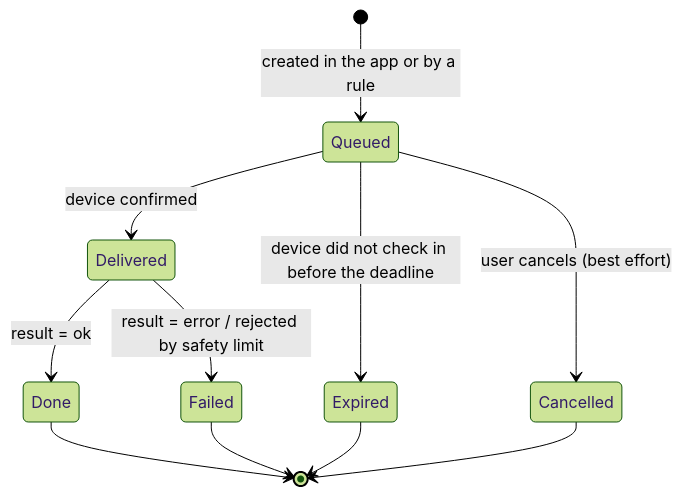
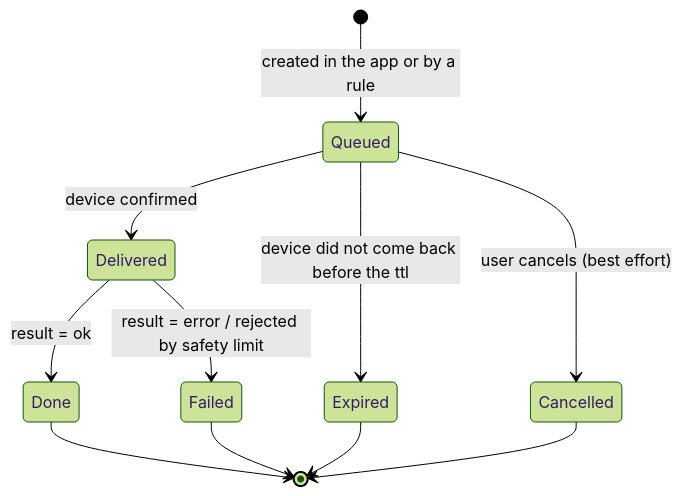
One commit to Hansom17/MoistureController changed the seventh of 8 diagrams in PROJECT.md. Above: the diagram before and after it, drawn with Mermaid (forest theme). The commit also changed other lines of this file and 6 other files, not shown here.

````diff
--- a/PROJECT.md
+++ b/PROJECT.md
@@ -285,13 +289,13 @@
 ```mermaid
 stateDiagram-v2
     [*] --> Queued: created in the app or by a rule
     Queued --> Delivered: device confirmed
-    Queued --> Expired: device did not check in before the deadline
+    Queued --> Expired: device did not come back before the ttl
     Queued --> Cancelled: user cancels (best effort)
     Delivered --> Done: result = ok
     Delivered --> Failed: result = error / rejected by safety limit
     Done --> [*]
     Failed --> [*]
     Expired --> [*]
     Cancelled --> [*]
 ```
````
